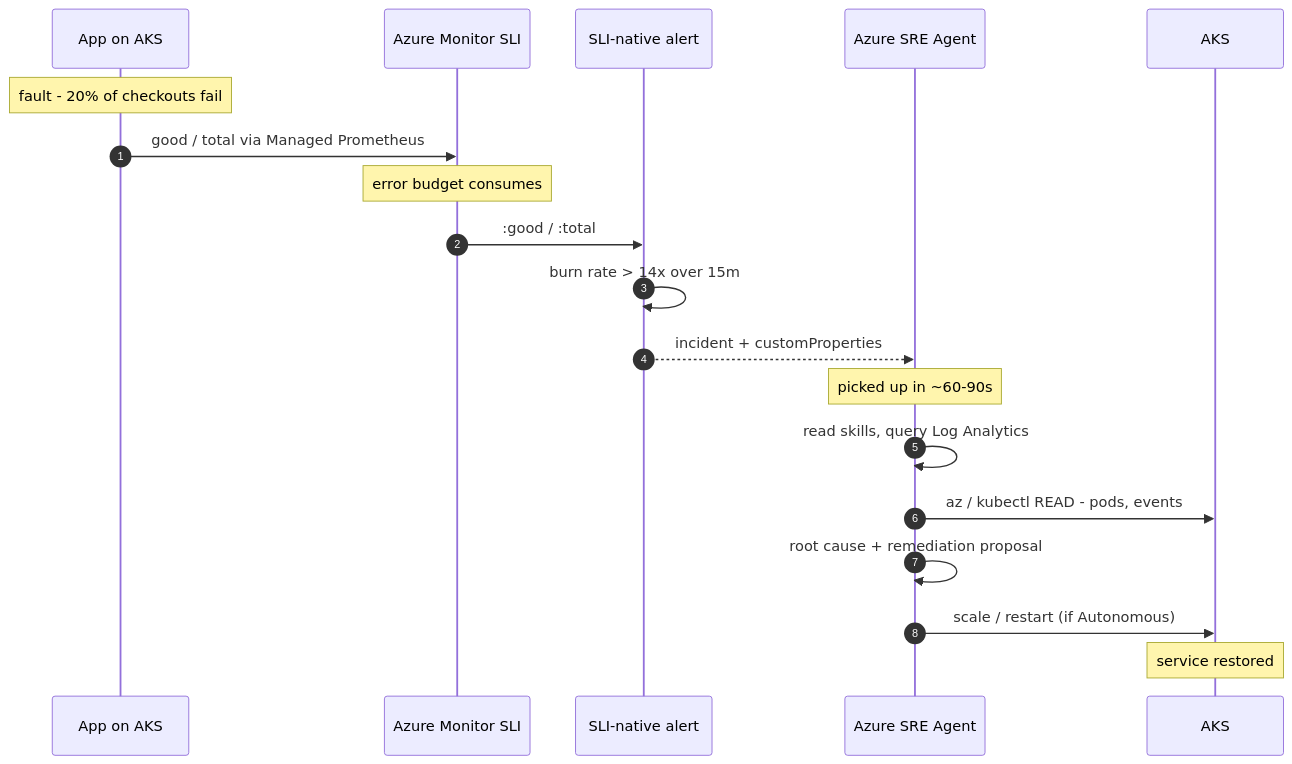
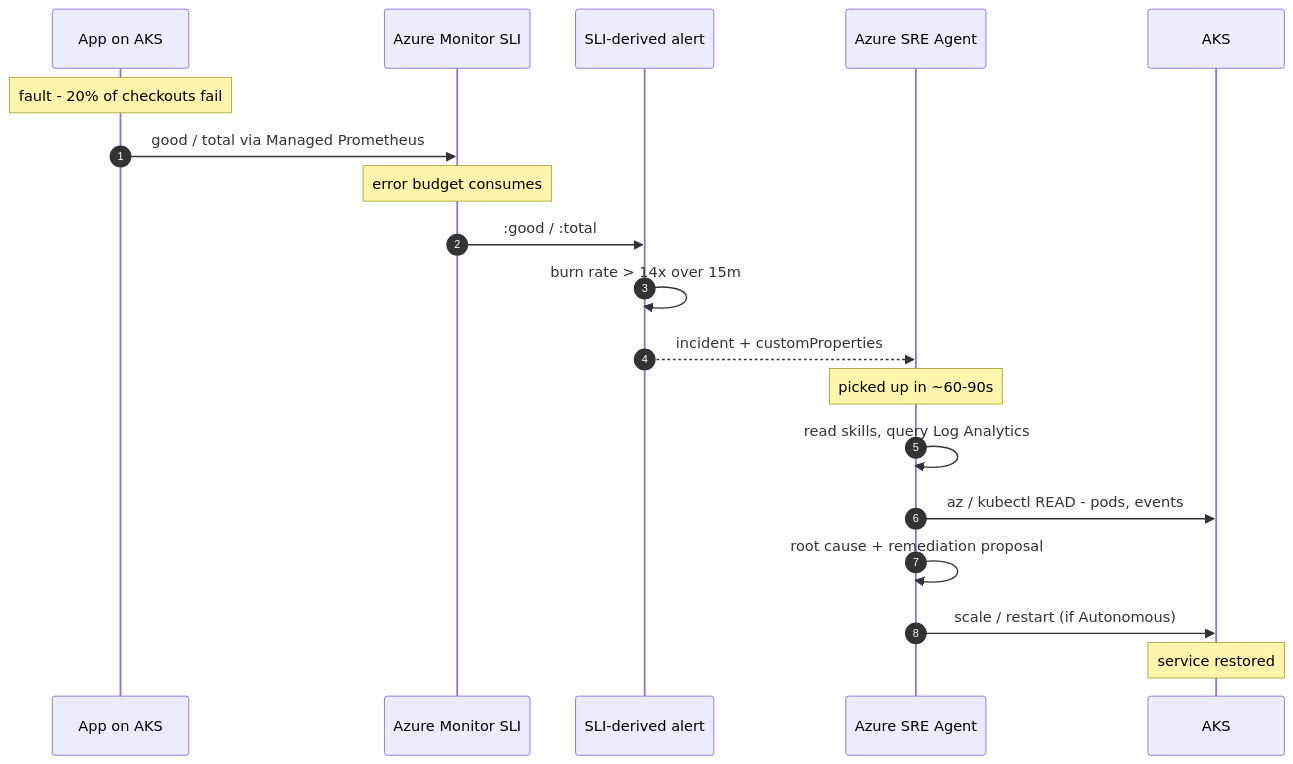
One commit to lukemurraynz/lukemurraynz.github.io changed the third of 3 diagrams in blog/2026-08-13-azuresliazuresre/index.mdx. Above: the diagram before and after it, drawn with Mermaid. The commit also changed other lines of this file, not shown here.

````diff
--- a/blog/2026-08-13-azuresliazuresre/index.mdx
+++ b/blog/2026-08-13-azuresliazuresre/index.mdx
@@ -349,22 +360,22 @@
 ```mermaid
 sequenceDiagram
     autonumber
     participant A as App on AKS
     participant S as Azure Monitor SLI
-    participant AL as SLI-native alert
+    participant AL as SLI-derived alert
     participant G as Azure SRE Agent
     participant K as AKS
 
     Note over A: fault - 20% of checkouts fail
     A->>S: good / total via Managed Prometheus
     Note over S: error budget consumes
     S->>AL: :good / :total
     AL->>AL: burn rate > 14x over 15m
     AL-->>G: incident + customProperties
     Note over G: picked up in ~60-90s
     G->>G: read skills, query Log Analytics
     G->>K: az / kubectl READ - pods, events
     G->>G: root cause + remediation proposal
     G->>K: scale / restart (if Autonomous)
     Note over K: service restored
 ```
````
